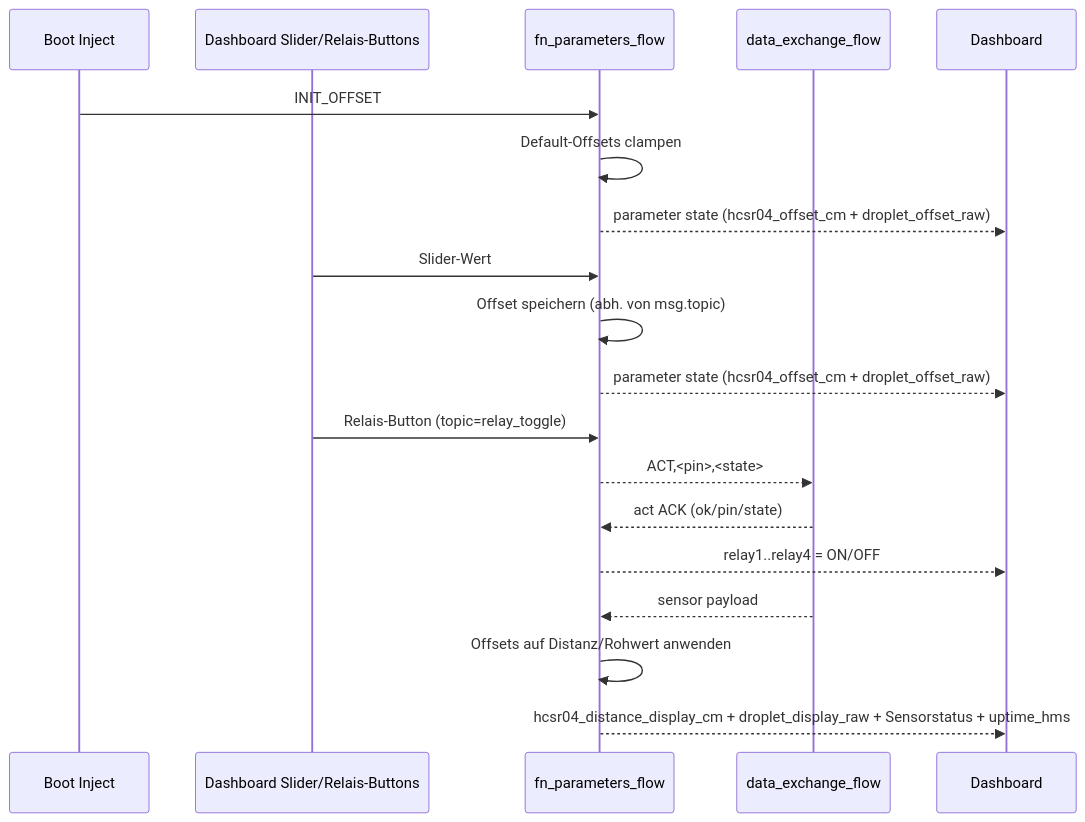
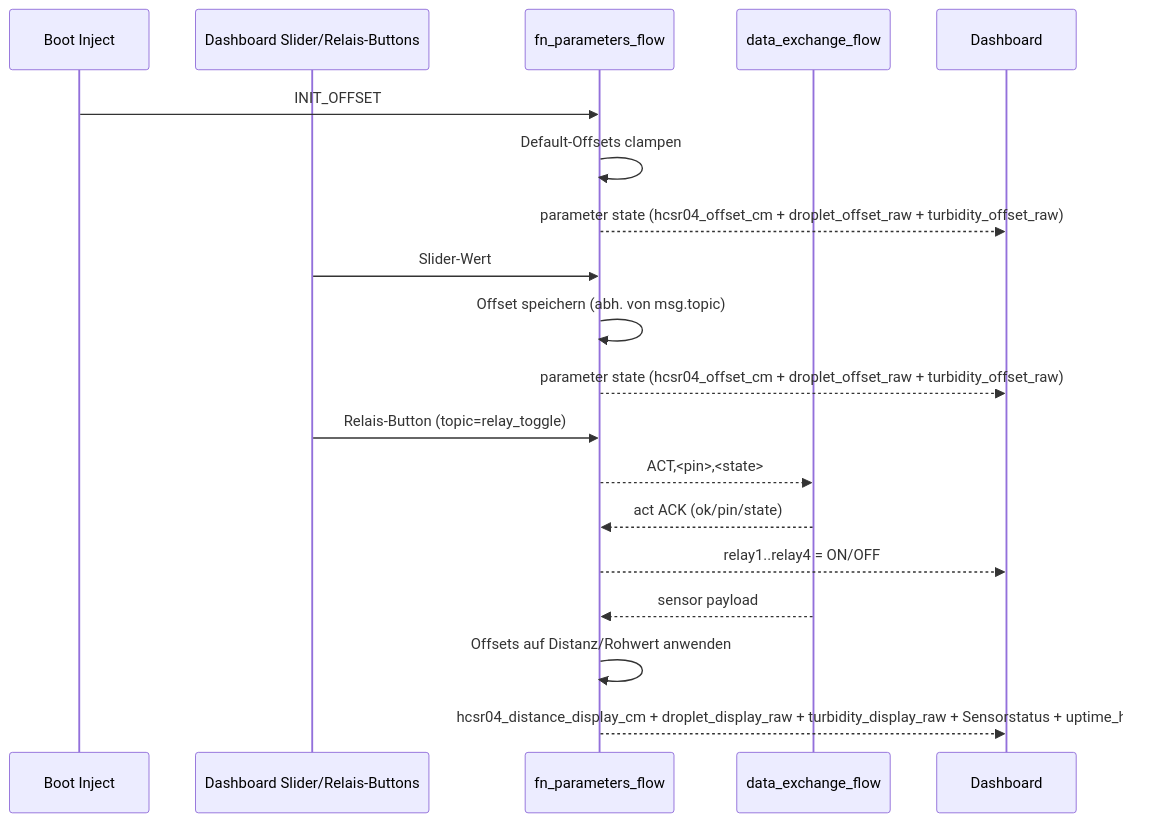
One commit to HerrnDK/Projekt changed the ninth of 13 diagrams in nodered/flows/FLOW_ARCHITEKTUR_PLAN.md. Above: the diagram before and after it, drawn with Mermaid. The commit also changed other lines of this file and 12 other files, not shown here.

````diff
--- a/nodered/flows/FLOW_ARCHITEKTUR_PLAN.md
+++ b/nodered/flows/FLOW_ARCHITEKTUR_PLAN.md
@@ -193,25 +193,25 @@
 ```mermaid
 sequenceDiagram
   participant Boot as Boot Inject
   participant UI as Dashboard Slider/Relais-Buttons
   participant PF as fn_parameters_flow
   participant X as data_exchange_flow
   participant D as Dashboard
 
   Boot->>PF: INIT_OFFSET
   PF->>PF: Default-Offsets clampen
-  PF-->>D: parameter state (hcsr04_offset_cm + droplet_offset_raw)
+  PF-->>D: parameter state (hcsr04_offset_cm + droplet_offset_raw + turbidity_offset_raw)
 
   UI->>PF: Slider-Wert
   PF->>PF: Offset speichern (abh. von msg.topic)
-  PF-->>D: parameter state (hcsr04_offset_cm + droplet_offset_raw)
+  PF-->>D: parameter state (hcsr04_offset_cm + droplet_offset_raw + turbidity_offset_raw)
 
   UI->>PF: Relais-Button (topic=relay_toggle)
   PF-->>X: ACT,<pin>,<state>
   X-->>PF: act ACK (ok/pin/state)
   PF-->>D: relay1..relay4 = ON/OFF
 
   X-->>PF: sensor payload
   PF->>PF: Offsets auf Distanz/Rohwert anwenden
-  PF-->>D: hcsr04_distance_display_cm + droplet_display_raw + Sensorstatus + uptime_hms
+  PF-->>D: hcsr04_distance_display_cm + droplet_display_raw + turbidity_display_raw + Sensorstatus + uptime_hms
 ```
````
